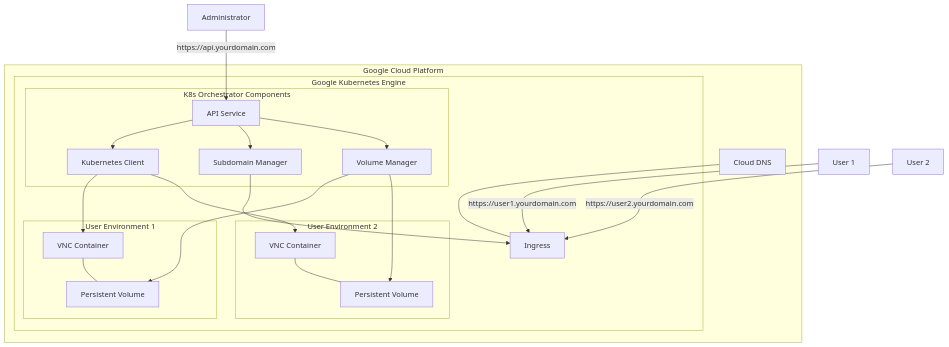
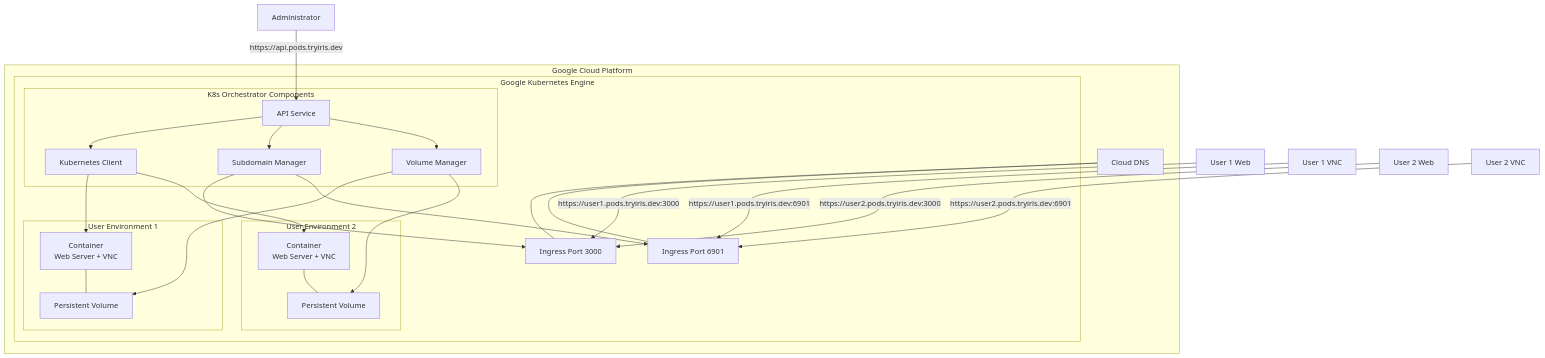
The first of 4 diagrams in docs/deployment/gke-deployment-guide.md (iris-networks/k8s-orchestrator), drawn with Mermaid before and after one commit. The commit also changed other lines of this file and 3 other files, not shown here.

Commit message:
Update configuration for multi-port support with pods.tryiris.dev domain

````diff
--- a/docs/deployment/gke-deployment-guide.md
+++ b/docs/deployment/gke-deployment-guide.md
@@ -9,37 +9,41 @@
 ```mermaid
 graph TD
     subgraph "Google Cloud Platform"
         subgraph "Google Kubernetes Engine"
             subgraph "K8s Orchestrator Components"
                 API[API Service] --> K8sClient[Kubernetes Client]
                 API --> SubdomainManager[Subdomain Manager]
                 API --> VolManager[Volume Manager]
             end
-            
+
             subgraph "User Environment 1"
-                VNC1[VNC Container]
+                Container1[Container<br>Web Server + VNC]
                 PVC1[Persistent Volume]
-                VNC1 --- PVC1
+                Container1 --- PVC1
             end
-            
+
             subgraph "User Environment 2"
-                VNC2[VNC Container]
+                Container2[Container<br>Web Server + VNC]
                 PVC2[Persistent Volume]
-                VNC2 --- PVC2
+                Container2 --- PVC2
             end
-            
-            K8sClient --> VNC1
-            K8sClient --> VNC2
+
+            K8sClient --> Container1
+            K8sClient --> Container2
             VolManager --> PVC1
             VolManager --> PVC2
-            SubdomainManager --> Ingress
+            SubdomainManager --> Ingress3000[Ingress Port 3000]
+            SubdomainManager --> Ingress6901[Ingress Port 6901]
         end
-        
-        DNS[Cloud DNS] --- Ingress
+
+        DNS[Cloud DNS] --- Ingress3000
+        DNS --- Ingress6901
     end
-    
-    User1[User 1] -->|https://user1.yourdomain.com| Ingress
-    User2[User 2] -->|https://user2.yourdomain.com| Ingress
-    
-    Admin[Administrator] -->|https://api.yourdomain.com| API
+
+    User1Web[User 1 Web] -->|https://user1.pods.tryiris.dev:3000| Ingress3000
+    User1VNC[User 1 VNC] -->|https://user1.pods.tryiris.dev:6901| Ingress6901
+    User2Web[User 2 Web] -->|https://user2.pods.tryiris.dev:3000| Ingress3000
+    User2VNC[User 2 VNC] -->|https://user2.pods.tryiris.dev:6901| Ingress6901
+
+    Admin[Administrator] -->|https://api.pods.tryiris.dev| API
 ```
````
